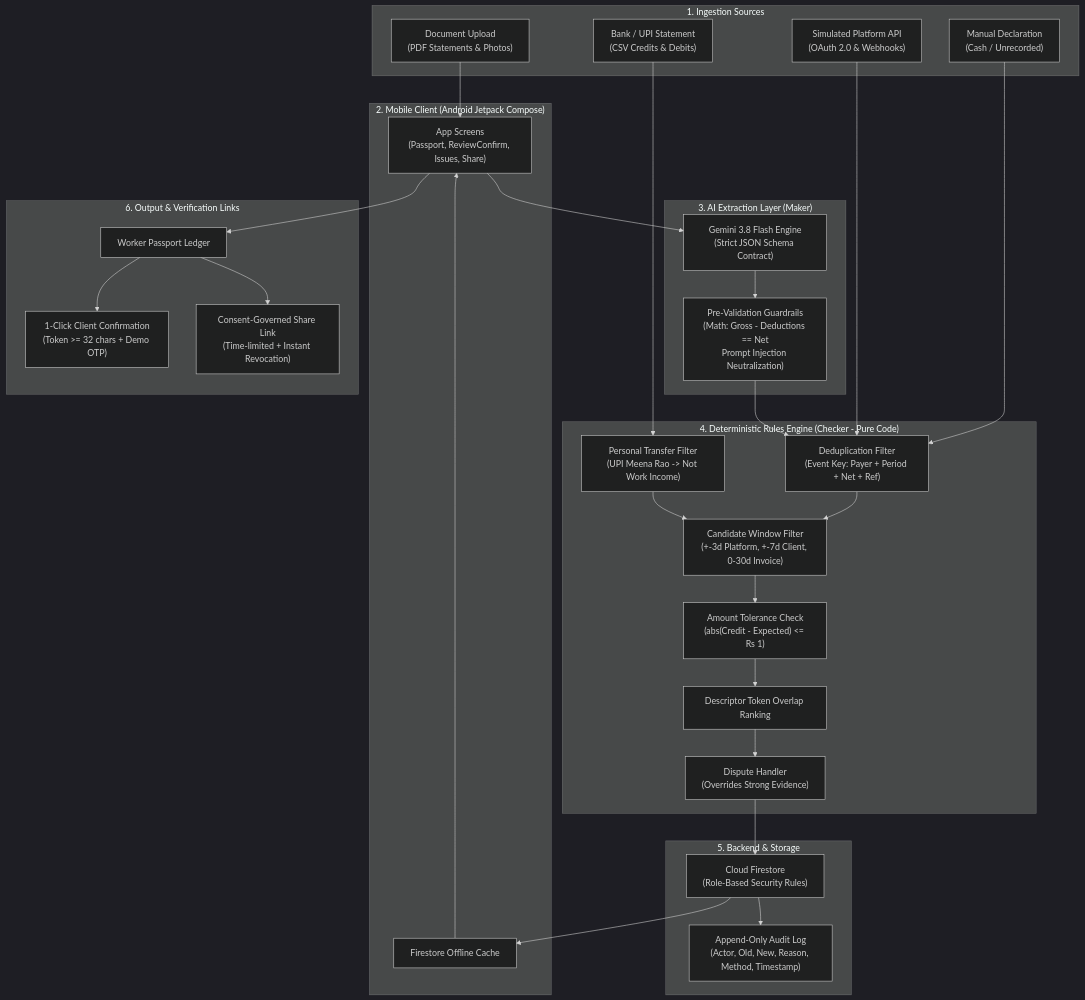
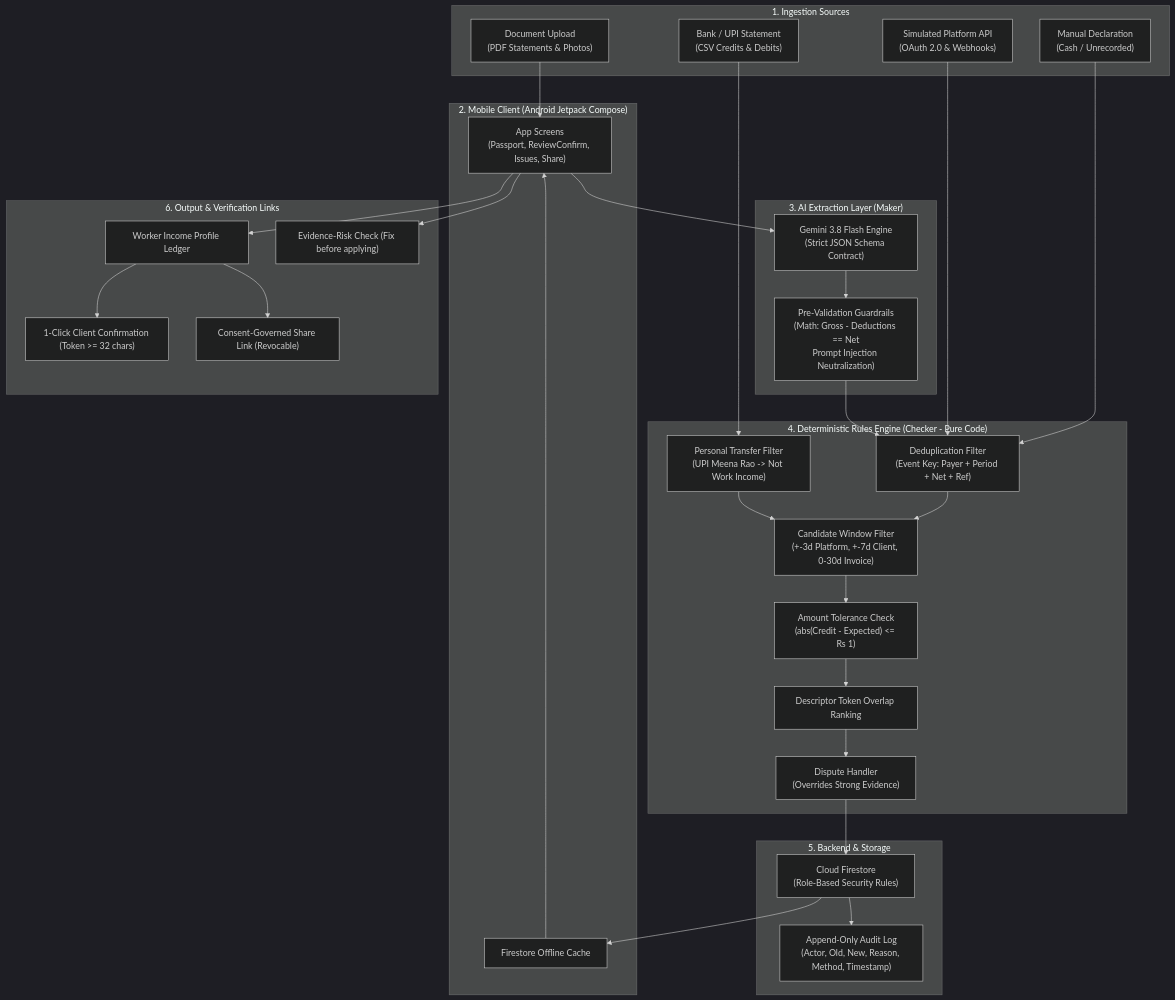
The first of 2 diagrams in README.md (MRehan516/Earnings-and-Work-Passport-), drawn with Mermaid (dark theme) before and after one commit. The commit also changed other lines of this file, not shown here.

````diff
--- a/README.md
+++ b/README.md
@@ -47,50 +67,52 @@
 ```mermaid
 flowchart TD
     subgraph Inputs["1. Ingestion Sources"]
         Doc["Document Upload\n(PDF Statements & Photos)"]
         BankCSV["Bank / UPI Statement\n(CSV Credits & Debits)"]
         Manual["Manual Declaration\n(Cash / Unrecorded)"]
         SimAPI["Simulated Platform API\n(OAuth 2.0 & Webhooks)"]
     end
 
     subgraph ClientLayer["2. Mobile Client (Android Jetpack Compose)"]
         UI["App Screens\n(Passport, ReviewConfirm, Issues, Share)"]
         LocalCache["Firestore Offline Cache"]
     end
 
     subgraph AILayer["3. AI Extraction Layer (Maker)"]
         Gemini["Gemini 3.8 Flash Engine\n(Strict JSON Schema Contract)"]
         MakerChecker["Pre-Validation Guardrails\n(Math: Gross - Deductions == Net\nPrompt Injection Neutralization)"]
     end
 
     subgraph EngineLayer["4. Deterministic Rules Engine (Checker - Pure Code)"]
         Dedupe["Deduplication Filter\n(Event Key: Payer + Period + Net + Ref)"]
         DateWindow["Candidate Window Filter\n(+-3d Platform, +-7d Client, 0-30d Invoice)"]
         ToleranceCheck["Amount Tolerance Check\n(abs(Credit - Expected) <= Rs 1)"]
         NameRank["Descriptor Token Overlap Ranking"]
         PersonalFilter["Personal Transfer Filter\n(UPI Meena Rao -> Not Work Income)"]
         ConflictEngine["Dispute Handler\n(Overrides Strong Evidence)"]
     end
 
     subgraph StorageLayer["5. Backend & Storage"]
         Firestore["Cloud Firestore\n(Role-Based Security Rules)"]
         Audit["Append-Only Audit Log\n(Actor, Old, New, Reason, Method, Timestamp)"]
     end
 
     subgraph Outputs["6. Output & Verification Links"]
-        Passport["Worker Passport Ledger"]
-        ClientLink["1-Click Client Confirmation\n(Token >= 32 chars + Demo OTP)"]
-        ReviewerLink["Consent-Governed Share Link\n(Time-limited + Instant Revocation)"]
+        Passport["Worker Income Profile Ledger"]
+        RiskCheck["Evidence-Risk Check (Fix before applying)"]
+        ClientLink["1-Click Client Confirmation (Token >= 32 chars)"]
+        ReviewerLink["Consent-Governed Share Link (Revocable)"]
     end
 
     Doc --> UI --> Gemini --> MakerChecker --> Dedupe
     SimAPI --> Dedupe
     Manual --> Dedupe
     BankCSV --> PersonalFilter --> DateWindow
     Dedupe --> DateWindow --> ToleranceCheck --> NameRank --> ConflictEngine
     ConflictEngine --> Firestore --> LocalCache --> UI
     Firestore --> Audit
     UI --> Passport
+    UI --> RiskCheck
     Passport --> ClientLink
     Passport --> ReviewerLink
 ```
````
